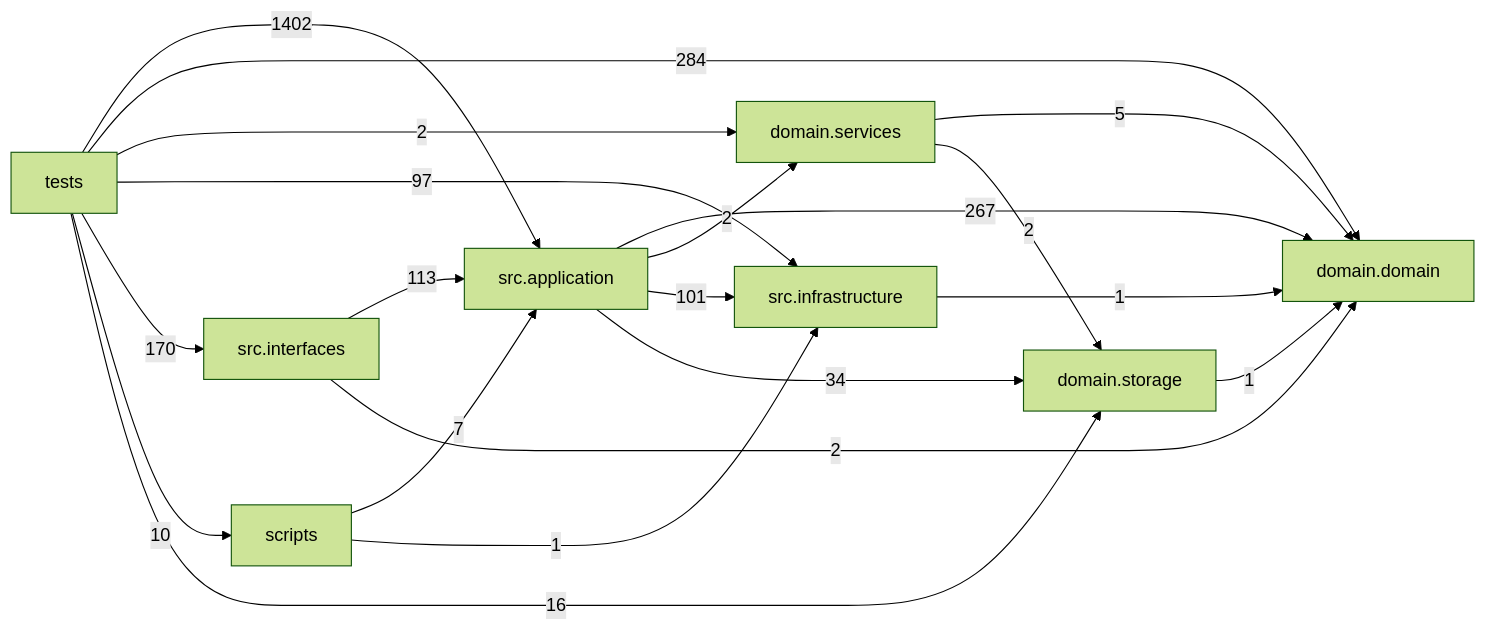
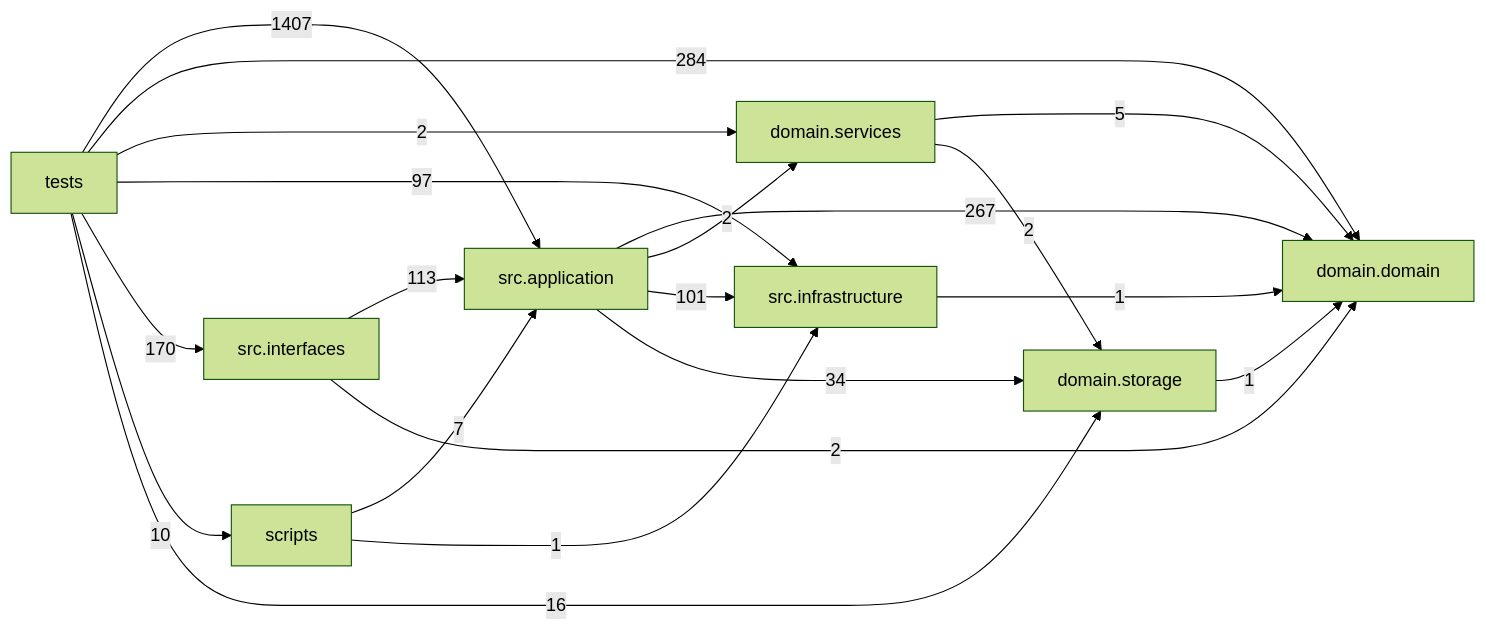
The diagram in docs/DEPENDENCY_GRAPH.md (liuxie066/options-monitor), drawn with Mermaid (forest theme) before and after one commit. The commit also changed other lines of this file and 27 other files, not shown here.

````diff
--- a/docs/DEPENDENCY_GRAPH.md
+++ b/docs/DEPENDENCY_GRAPH.md
@@ -24,30 +24,30 @@
 ```mermaid
 flowchart LR
   tests["tests"]
   scripts["scripts"]
   interfaces["src.interfaces"]
   application["src.application"]
   infrastructure["src.infrastructure"]
   domain_services["domain.services"]
   domain["domain.domain"]
   storage["domain.storage"]
   application -->|267| domain
   application -->|2| domain_services
   application -->|101| infrastructure
   application -->|34| storage
   domain_services -->|5| domain
   domain_services -->|2| storage
   infrastructure -->|1| domain
   interfaces -->|113| application
   interfaces -->|2| domain
   scripts -->|7| application
   scripts -->|1| infrastructure
   storage -->|1| domain
-  tests -->|1402| application
+  tests -->|1407| application
   tests -->|284| domain
   tests -->|2| domain_services
   tests -->|97| infrastructure
   tests -->|170| interfaces
   tests -->|10| scripts
   tests -->|16| storage
 ```
````
